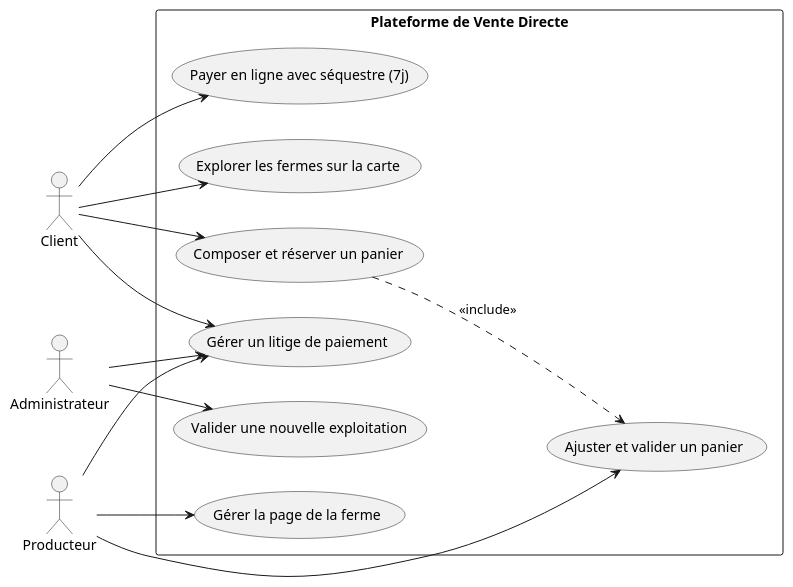
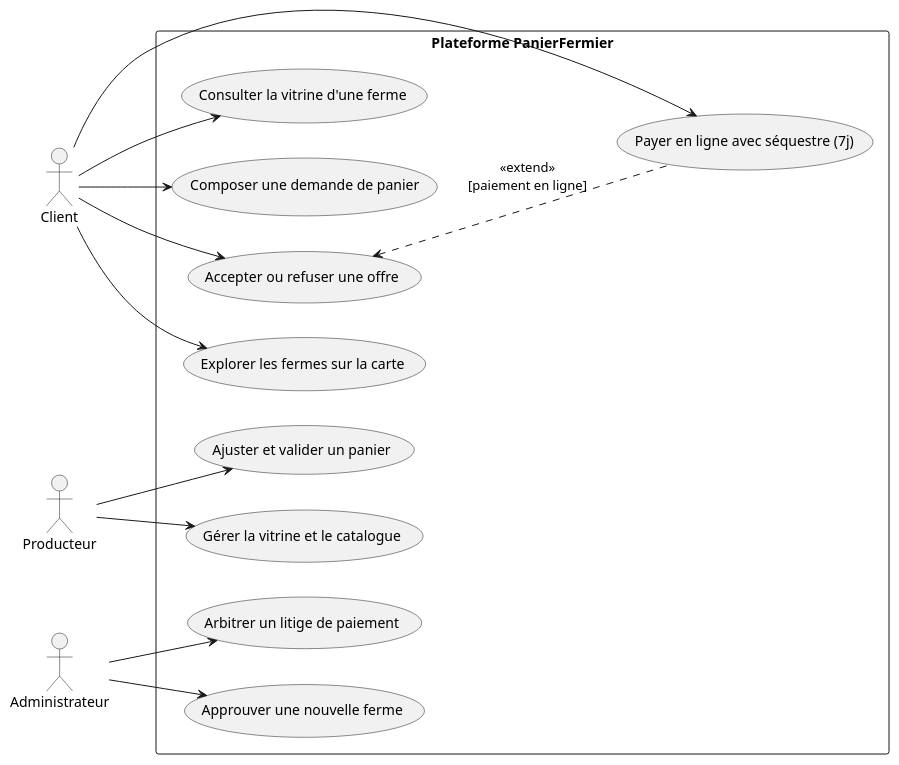
Before and after one commit to Uhrbaan/reis-panier-fermier: the second of 6 diagrams in REQUIREMENTS.md, drawn with PlantUML. The commit also changed other lines of this file and 5 other files, not shown here.

````diff
--- a/REQUIREMENTS.md
+++ b/REQUIREMENTS.md
@@ -202,39 +199,41 @@
 ```plantuml
 @startuml assets/diagrams/use-case
 left to right direction
 skinparam shadowing false
 
 actor "Client" as Client
 actor "Producteur" as Producteur
 actor "Administrateur" as Admin
 
-rectangle "Plateforme de Vente Directe" {
+rectangle "Plateforme PanierFermier" {
     usecase "Explorer les fermes sur la carte" as UC1
-    usecase "Composer et réserver un panier" as UC2
-    usecase "Payer en ligne avec séquestre (7j)" as UC3
-    usecase "Gérer la page de la ferme" as UC4
-    usecase "Ajuster et valider un panier" as UC5
-    usecase "Valider une nouvelle exploitation" as UC6
-    usecase "Gérer un litige de paiement" as UC7
+    usecase "Consulter la vitrine d'une ferme" as UC2
+    usecase "Composer une demande de panier" as UC3
+    usecase "Accepter ou refuser une offre" as UC4
+    usecase "Payer en ligne avec séquestre (7j)" as UC5
+    usecase "Gérer la vitrine et le catalogue" as UC6
+    usecase "Ajuster et valider un panier" as UC7
+    usecase "Approuver une nouvelle ferme" as UC8
+    usecase "Arbitrer un litige de paiement" as UC9
 }
 
 ' Relations Client
 Client --> UC1
 Client --> UC2
 Client --> UC3
-Client --> UC7
+Client --> UC4
+Client --> UC5
 
 ' Relations Producteur
-Producteur --> UC4
-Producteur --> UC5
+Producteur --> UC6
 Producteur --> UC7
 
 ' Relations Admin
-Admin --> UC6
-Admin --> UC7
+Admin --> UC8
+Admin --> UC9
 
-' Relations entre cas d'utilisation
-UC2 ..> UC5 : <<include>>
+' Dépendances UML valides
+UC4 <.. UC5 : <<extend>>\n[paiement en ligne]
 
 @enduml
 ```
````
